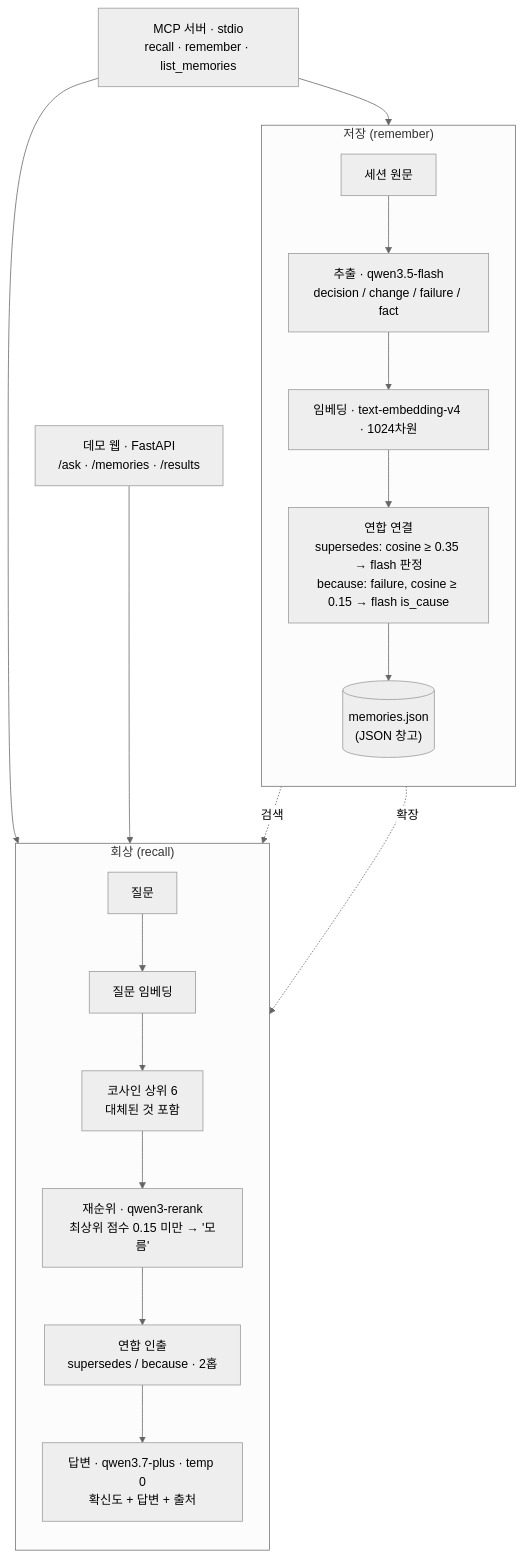
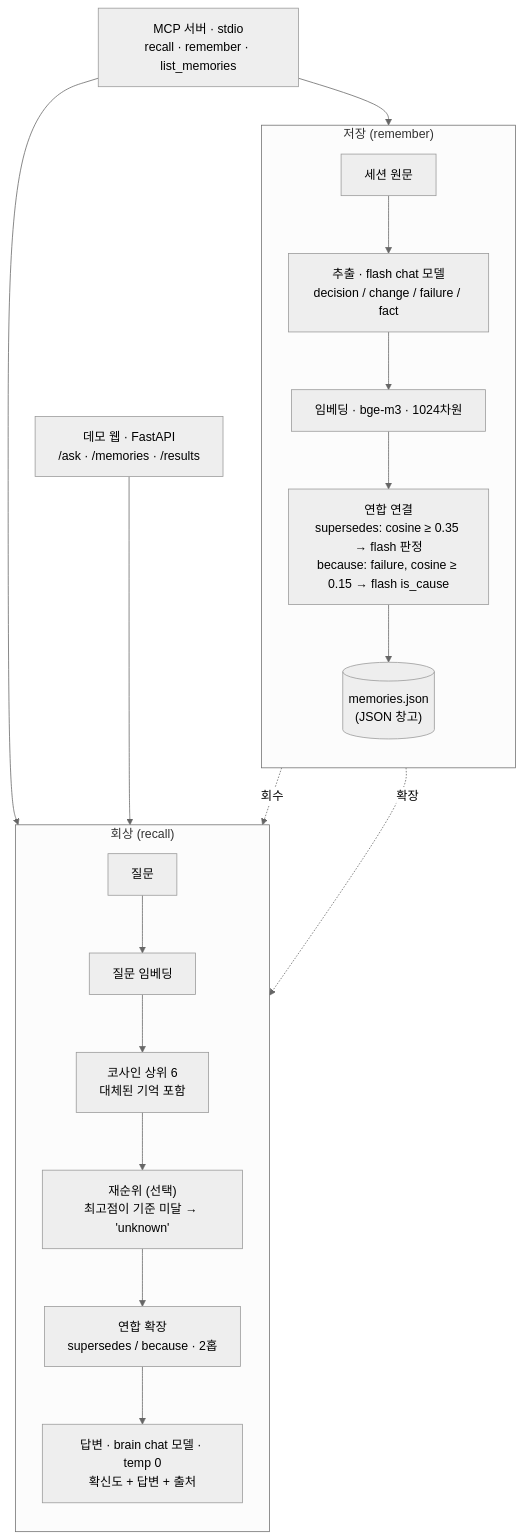
The diagram in README.ko.md (jsiksn/mnemosure), drawn with Mermaid (neutral theme) before and after one commit. The commit also changed other lines of this file and 5 other files, not shown here.

````diff
--- a/README.ko.md
+++ b/README.ko.md
@@ -24,28 +25,28 @@
 ```mermaid
 flowchart TB
     MCP["MCP 서버 · stdio<br/>recall · remember · list_memories"]
     WEB["데모 웹 · FastAPI<br/>/ask · /memories · /results"]
 
     subgraph Ingest["저장 (remember)"]
         direction TB
-        S["세션 원문"] --> EX["추출 · qwen3.5-flash<br/>decision / change / failure / fact"]
-        EX --> EMB1["임베딩 · text-embedding-v4 · 1024차원"]
+        S["세션 원문"] --> EX["추출 · flash chat 모델<br/>decision / change / failure / fact"]
+        EX --> EMB1["임베딩 · bge-m3 · 1024차원"]
         EMB1 --> LINK["연합 연결<br/>supersedes: cosine ≥ 0.35 → flash 판정<br/>because: failure, cosine ≥ 0.15 → flash is_cause"]
         LINK --> STORE[("memories.json<br/>(JSON 창고)")]
     end
 
     subgraph Recall["회상 (recall)"]
         direction TB
         Q["질문"] --> EMB2["질문 임베딩"]
-        EMB2 --> COS["코사인 상위 6<br/>대체된 것 포함"]
-        COS --> RR["재순위 · qwen3-rerank<br/>최상위 점수 0.15 미만 → '모름'"]
-        RR --> EXP["연합 인출<br/>supersedes / because · 2홉"]
-        EXP --> ANS["답변 · qwen3.7-plus · temp 0<br/>확신도 + 답변 + 출처"]
+        EMB2 --> COS["코사인 상위 6<br/>대체된 기억 포함"]
+        COS --> RR["재순위 (선택)<br/>최고점이 기준 미달 → 'unknown'"]
+        RR --> EXP["연합 확장<br/>supersedes / because · 2홉"]
+        EXP --> ANS["답변 · brain chat 모델 · temp 0<br/>확신도 + 답변 + 출처"]
     end
 
     MCP --> S
     MCP --> Q
     WEB --> Q
-    STORE -. 검색 .-> COS
+    STORE -. 회수 .-> COS
     STORE -. 확장 .-> EXP
 ```
````
